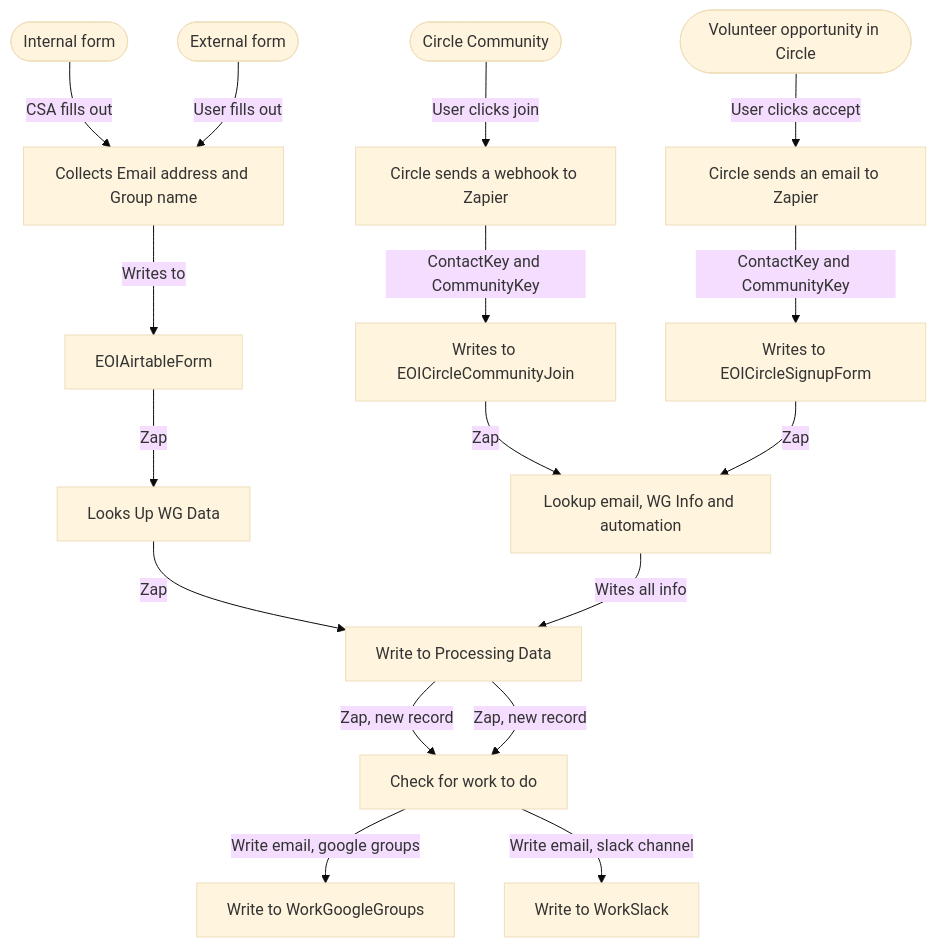
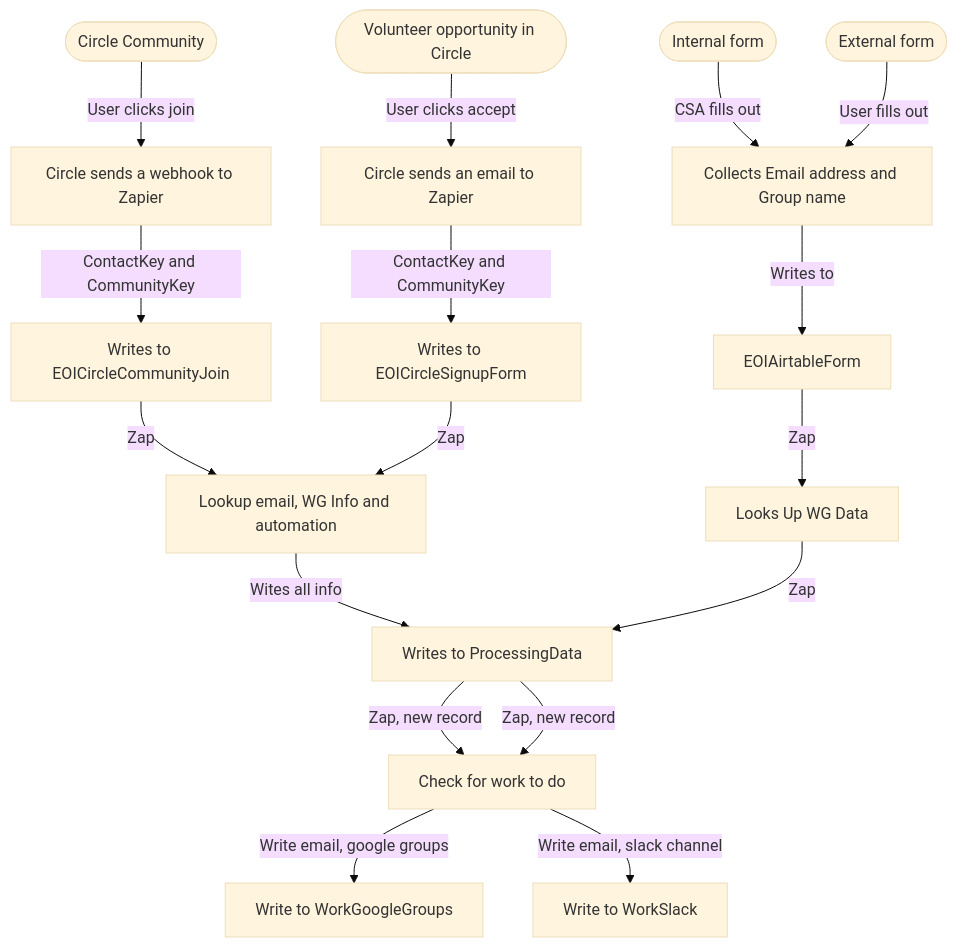
The diagram in projects/WG-automation/diagram.md (CloudSecurityAlliance/CSA-IT-Operations), drawn with Mermaid (base theme) before and after one commit.

````diff
--- a/projects/WG-automation/diagram.md
+++ b/projects/WG-automation/diagram.md
@@ -1,34 +1,37 @@
 ```mermaid
 graph TD;
-
-%% FORMS
-internalForm([Internal form])
-externalForm([External form])
-%% requires email validation, e.g. Google forms "Collect email addresses Respondents will be required to sign in to Google"
-internalForm --> |CSA fills out| collectEmailAndGroup[Collects Email address and Group name]
-externalForm --> |User fills out| collectEmailAndGroup[Collects Email address and Group name]
-collectEmailAndGroup --> |Writes to| EOIAirtableForm[EOIAirtableForm]
-EOIAirtableForm --> |Zap| LookupWGData[Looks Up WG Data]
-LookupWGData --> |Zap| ProcessingData[Writes to ProcessingData]
-ProcessingData  --> |Zap, new record| CheckForWorkToDo[Check for work to do]
 
 %% CIRCLE SIDE
 joinCommunity([Circle Community])
 joinVolunteer([Volunteer opportunity in Circle])
 
 joinCommunity --> |User clicks join| CircleWebHook[Circle sends a webhook to Zapier]
 joinVolunteer --> |User clicks accept| CircleSendsEmail[Circle sends an email to Zapier]
 
 CircleWebHook --> |ContactKey and CommunityKey| WritesToEOICircleCommunityJoin[Writes to EOICircleCommunityJoin]
 CircleSendsEmail --> |ContactKey and CommunityKey| WritesToEOICircleSignupForm[Writes to EOICircleSignupForm]
 
 WritesToEOICircleCommunityJoin --> |Zap| LookupWGInfoAndAutomation[Lookup email, WG Info and automation]
 WritesToEOICircleSignupForm --> |Zap| LookupWGInfoAndAutomation[Lookup email, WG Info and automation]
 
 LookupWGInfoAndAutomation --> |Wites all info| ProcessingData[Write to Processing Data]
 
 ProcessingData --> |Zap, new record| CheckForWorkToDo[Check for work to do]
 
 CheckForWorkToDo --> |Write email, google groups| WriteToWorkGoogleGroups[Write to WorkGoogleGroups]
 CheckForWorkToDo --> |Write email, slack channel| WriteToWorkSlack[Write to WorkSlack]
+
+
+%% FORMS
+internalForm([Internal form])
+externalForm([External form])
+%% requires email validation, e.g. Google forms "Collect email addresses Respondents will be required to sign in to Google"
+internalForm --> |CSA fills out| collectEmailAndGroup[Collects Email address and Group name]
+externalForm --> |User fills out| collectEmailAndGroup[Collects Email address and Group name]
+collectEmailAndGroup --> |Writes to| EOIAirtableForm[EOIAirtableForm]
+EOIAirtableForm --> |Zap| LookupWGData[Looks Up WG Data]
+LookupWGData --> |Zap| ProcessingData[Writes to ProcessingData]
+ProcessingData  --> |Zap, new record| CheckForWorkToDo[Check for work to do]
+
+
 ```
````
